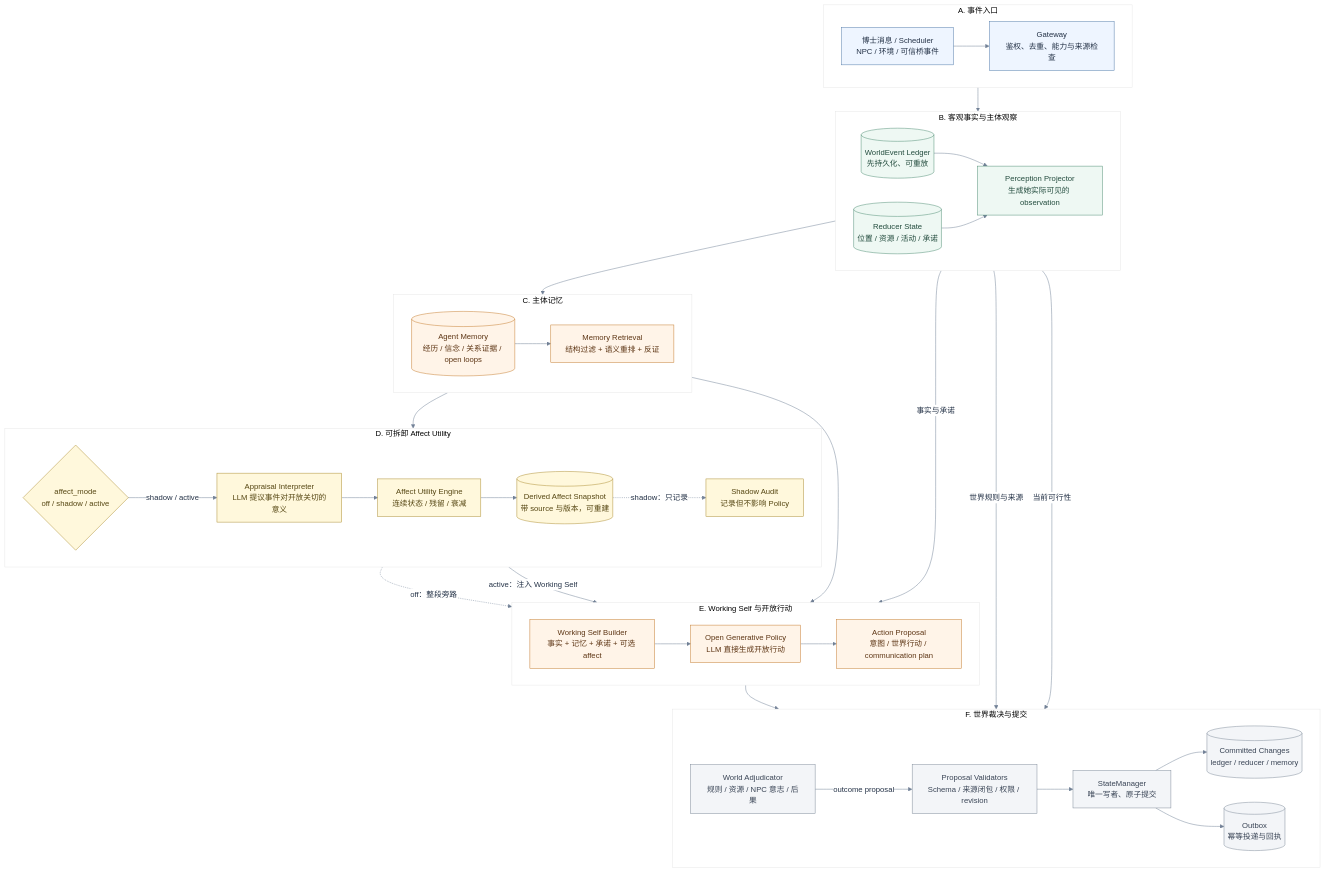
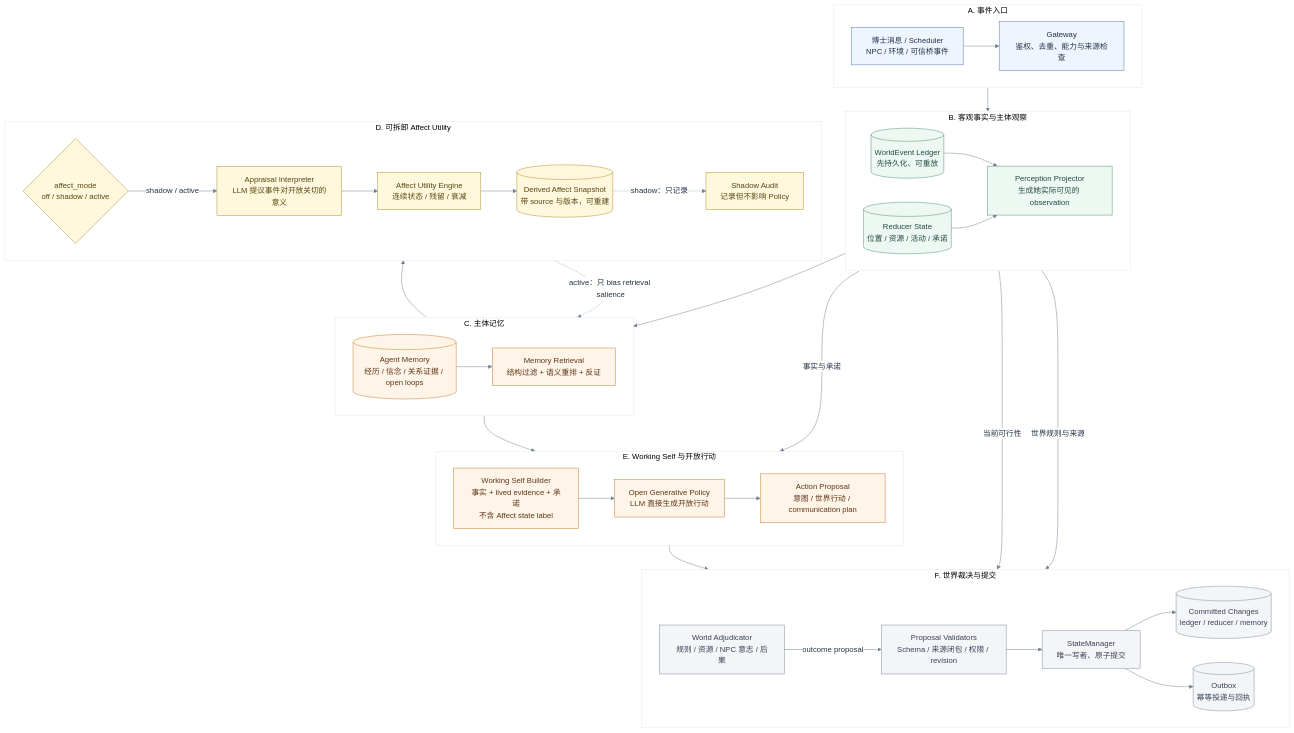
Before and after one commit to yanyuliu01/gf: the diagram in memory-affect-hybrid-architecture-v1.mmd, drawn with Mermaid. The commit also changed 16 other files, not shown here.

```diff
--- a/memory-affect-hybrid-architecture-v1.mmd
+++ b/memory-affect-hybrid-architecture-v1.mmd
@@ -1,76 +1,75 @@
 %%{init: {"theme":"base","themeVariables":{"background":"#f7f9fc","primaryColor":"#ffffff","primaryTextColor":"#243247","primaryBorderColor":"#cbd5e1","lineColor":"#718096","fontFamily":"Microsoft YaHei, Segoe UI, sans-serif"}}}%%
 flowchart TB
   subgraph I["A. 事件入口"]
     direction LR
     IN["博士消息 / Scheduler<br/>NPC / 环境 / 可信桥事件"]
     GW["Gateway<br/>鉴权、去重、能力与来源检查"]
   end
 
   subgraph F["B. 客观事实与主体观察"]
     direction LR
     LEDGER[("WorldEvent Ledger<br/>先持久化、可重放")]
     STATE[("Reducer State<br/>位置 / 资源 / 活动 / 承诺")]
     PERCEPT["Perception Projector<br/>生成她实际可见的 observation"]
   end
 
   subgraph M["C. 主体记忆"]
     direction LR
     MEMORY[("Agent Memory<br/>经历 / 信念 / 关系证据 / open loops")]
     RETRIEVE["Memory Retrieval<br/>结构过滤 + 语义重排 + 反证"]
   end
 
   subgraph A["D. 可拆卸 Affect Utility"]
     direction LR
     MODE{"affect_mode<br/>off / shadow / active"}
     APPRAISE["Appraisal Interpreter<br/>LLM 提议事件对开放关切的意义"]
     AFFECT["Affect Utility Engine<br/>连续状态 / 残留 / 衰减"]
     SNAP[("Derived Affect Snapshot<br/>带 source 与版本，可重建")]
     AUDIT["Shadow Audit<br/>记录但不影响 Policy"]
   end
 
   subgraph P["E. Working Self 与开放行动"]
     direction LR
-    WORKING["Working Self Builder<br/>事实 + 记忆 + 承诺 + 可选 affect"]
+    WORKING["Working Self Builder<br/>事实 + lived evidence + 承诺<br/>不含 Affect state label"]
     POLICY["Open Generative Policy<br/>LLM 直接生成开放行动"]
     ACTION["Action Proposal<br/>意图 / 世界行动 / communication plan"]
   end
 
   subgraph W["F. 世界裁决与提交"]
     direction LR
     ADJ["World Adjudicator<br/>规则 / 资源 / NPC 意志 / 后果"]
     VALIDATE["Proposal Validators<br/>Schema / 来源闭包 / 权限 / revision"]
     SM["StateManager<br/>唯一写者、原子提交"]
     COMMITTED[("Committed Changes<br/>ledger / reducer / memory")]
     OUTBOX[("Outbox<br/>幂等投递与回执")]
   end
 
   IN --> GW --> LEDGER
   LEDGER --> PERCEPT
   STATE --> PERCEPT
   PERCEPT --> MEMORY --> RETRIEVE
   RETRIEVE --> WORKING
   STATE -->|"事实与承诺"| WORKING
 
-  RETRIEVE --> MODE
+  MEMORY --> MODE
   MODE -->|"shadow / active"| APPRAISE --> AFFECT --> SNAP
-  MODE -.->|"off：整段旁路"| WORKING
-  SNAP -->|"active：注入 Working Self"| WORKING
+  SNAP -.->|"active：只 bias retrieval salience"| RETRIEVE
   SNAP -.->|"shadow：只记录"| AUDIT
 
   WORKING --> POLICY --> ACTION --> ADJ
   LEDGER -->|"世界规则与来源"| ADJ
   STATE -->|"当前可行性"| ADJ
   ADJ -->|"outcome proposal"| VALIDATE --> SM
   SM --> COMMITTED
   SM --> OUTBOX
 
   classDef input fill:#eef5ff,stroke:#4f79a8,color:#243247;
   classDef fact fill:#eef8f3,stroke:#4d8c72,color:#234c3e;
   classDef cognition fill:#fff4e8,stroke:#c47a2c,color:#5e3615;
   classDef affect fill:#fff8dc,stroke:#aa8b2f,color:#564713;
   classDef commit fill:#f3f5f8,stroke:#7d8998,color:#394455;
   class IN,GW input;
   class LEDGER,STATE,PERCEPT fact;
   class MEMORY,RETRIEVE,WORKING,POLICY,ACTION cognition;
   class MODE,APPRAISE,AFFECT,SNAP,AUDIT affect;
   class ADJ,VALIDATE,SM,COMMITTED,OUTBOX commit;
```
